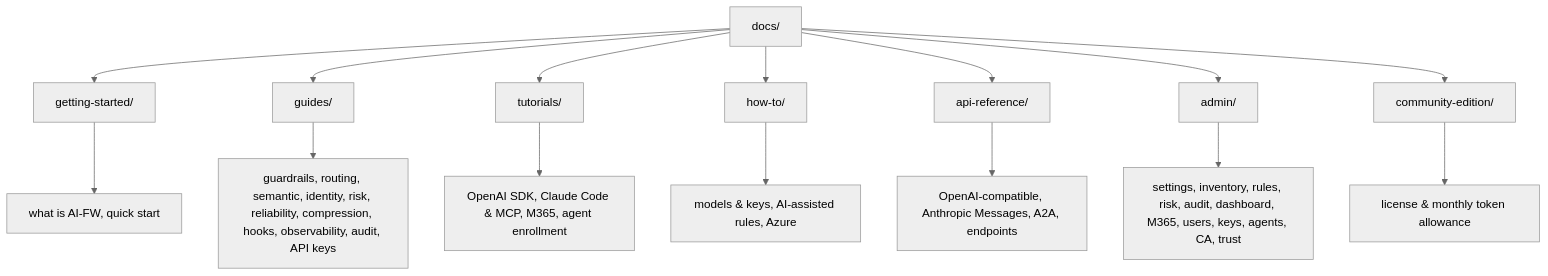
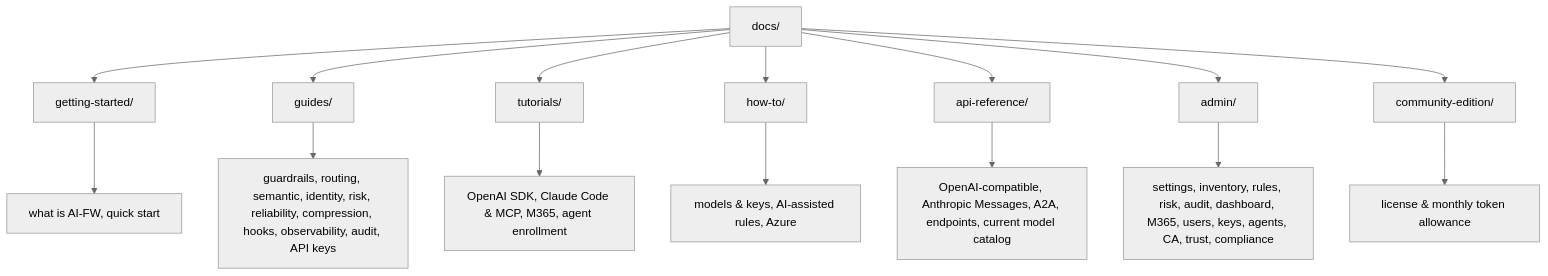
The second of 2 diagrams in README.md (securetron-gh/aifw), drawn with Mermaid (neutral theme) before and after one commit. The commit also changed other lines of this file and 1 other file, not shown here.

Commit message:
docs: sync current model and governance documentation

````diff
--- a/README.md
+++ b/README.md
@@ -137,17 +140,17 @@
 ```mermaid
 flowchart TD
   A["docs/"] --> B["getting-started/"]
   A --> C["guides/"]
   A --> D["tutorials/"]
   A --> E["how-to/"]
   A --> F["api-reference/"]
   A --> G["admin/"]
   A --> H["community-edition/"]
   B --> B1["what is AI-FW, quick start"]
   C --> C1["guardrails, routing, semantic, identity, risk, reliability, compression, hooks, observability, audit, API keys"]
   D --> D1["OpenAI SDK, Claude Code & MCP, M365, agent enrollment"]
   E --> E1["models & keys, AI-assisted rules, Azure"]
-  F --> F1["OpenAI-compatible, Anthropic Messages, A2A, endpoints"]
-  G --> G1["settings, inventory, rules, risk, audit, dashboard, M365, users, keys, agents, CA, trust"]
+  F --> F1["OpenAI-compatible, Anthropic Messages, A2A, endpoints, current model catalog"]
+  G --> G1["settings, inventory, rules, risk, audit, dashboard, M365, users, keys, agents, CA, trust, compliance"]
   H --> H1["license & monthly token allowance"]
 ```
````
